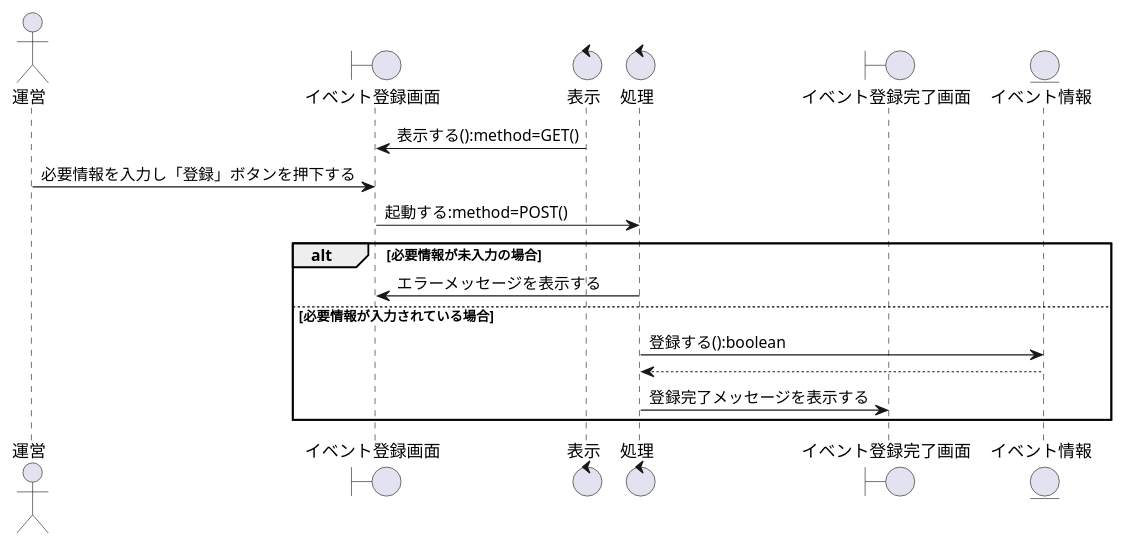
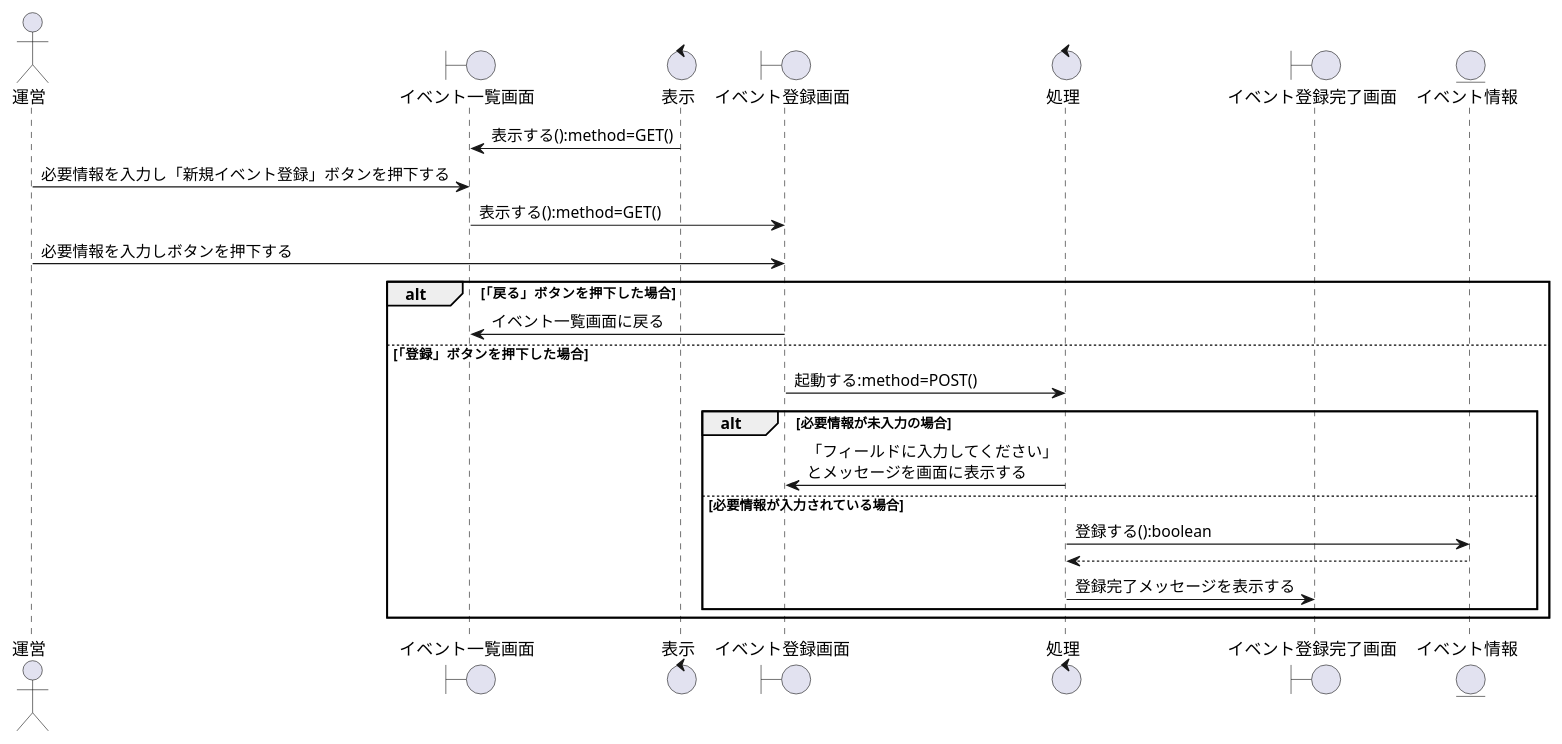
One commit to K-Rinrin/GroupE changed the diagram in お城/お城/設計書/シーケンス図/運営/イベント情報機能/シーケンス図_運営がイベント情報を登録する.pu. Above: the diagram before and after it, drawn with PlantUML. The commit also changed 11 other files, not shown here.

```diff
--- a/お城/お城/設計書/シーケンス図/運営/イベント情報機能/シーケンス図_運営がイベント情報を登録する.pu
+++ b/お城/お城/設計書/シーケンス図/運営/イベント情報機能/シーケンス図_運営がイベント情報を登録する.pu
@@ -1,29 +1,36 @@
 @startuml 運営がイベント情報を登録する
 
 
 ' ========================================
 ' 登場モノの定義
 ' ========================================
 actor "運営" as Operator
-boundary "イベント登録画面" as b1
+boundary "イベント一覧画面" as b1
 control "表示" as c1
+boundary "イベント登録画面" as b2
 control "処理" as c2
-boundary "イベント登録完了画面" as b2
+boundary "イベント登録完了画面" as b3
 entity "イベント情報" as e1
 
 ' ========================================
 ' シーケンスの流れ
 ' ========================================
 
 c1 -> b1 : 表示する():method=GET()
-Operator -> b1 : 必要情報を入力し「登録」ボタンを押下する
-b1 -> c2 : 起動する:method=POST()
-alt 必要情報が未入力の場合
-    c2 -> b1 : エラーメッセージを表示する
-else 必要情報が入力されている場合
-    c2 -> e1 : 登録する():boolean
-    e1 --> c2
-    c2 -> b2 : 登録完了メッセージを表示する
+Operator -> b1 : 必要情報を入力し「新規イベント登録」ボタンを押下する
+b1 -> b2 : 表示する():method=GET()
+Operator -> b2 : 必要情報を入力しボタンを押下する
+alt 「戻る」ボタンを押下した場合
+    b2 -> b1 : イベント一覧画面に戻る
+else 「登録」ボタンを押下した場合
+    b2 -> c2 : 起動する:method=POST()
+    alt 必要情報が未入力の場合
+        c2 -> b2 : 「フィールドに入力してください」\nとメッセージを画面に表示する
+    else 必要情報が入力されている場合
+        c2 -> e1 : 登録する():boolean
+        e1 --> c2
+        c2 -> b3 : 登録完了メッセージを表示する
+    end
 end
 
 @enduml
```
